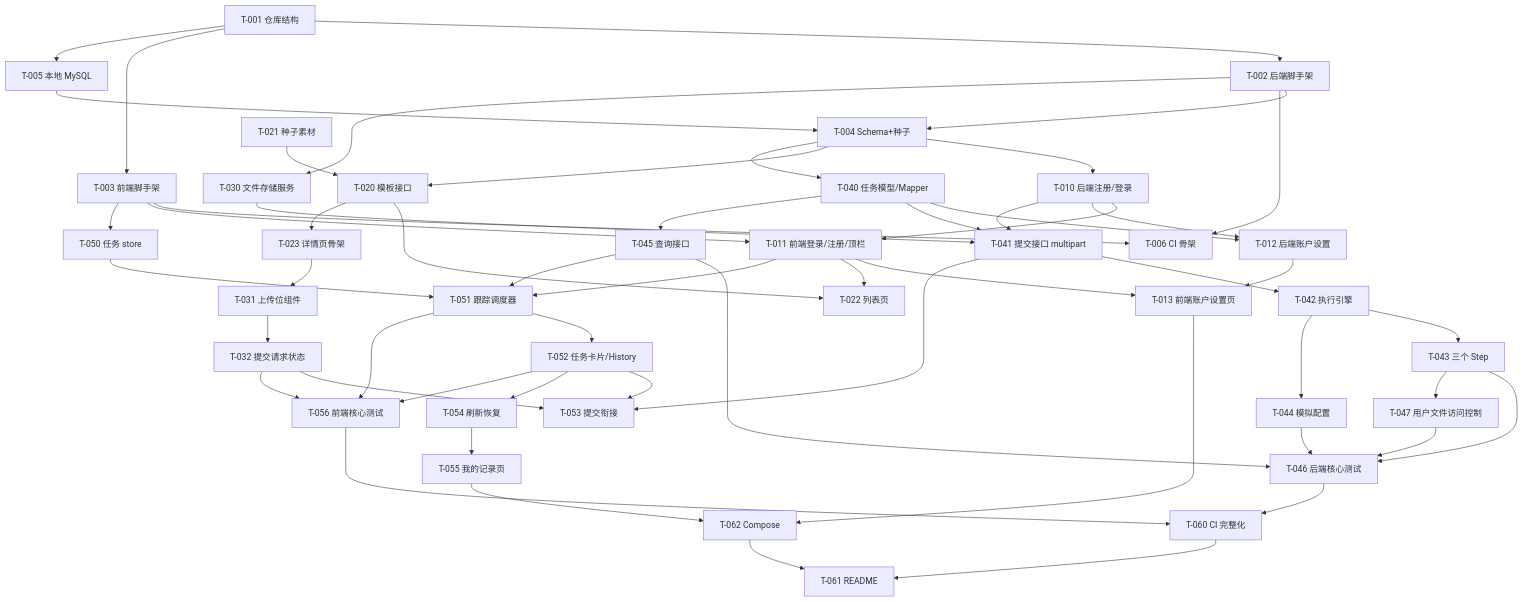
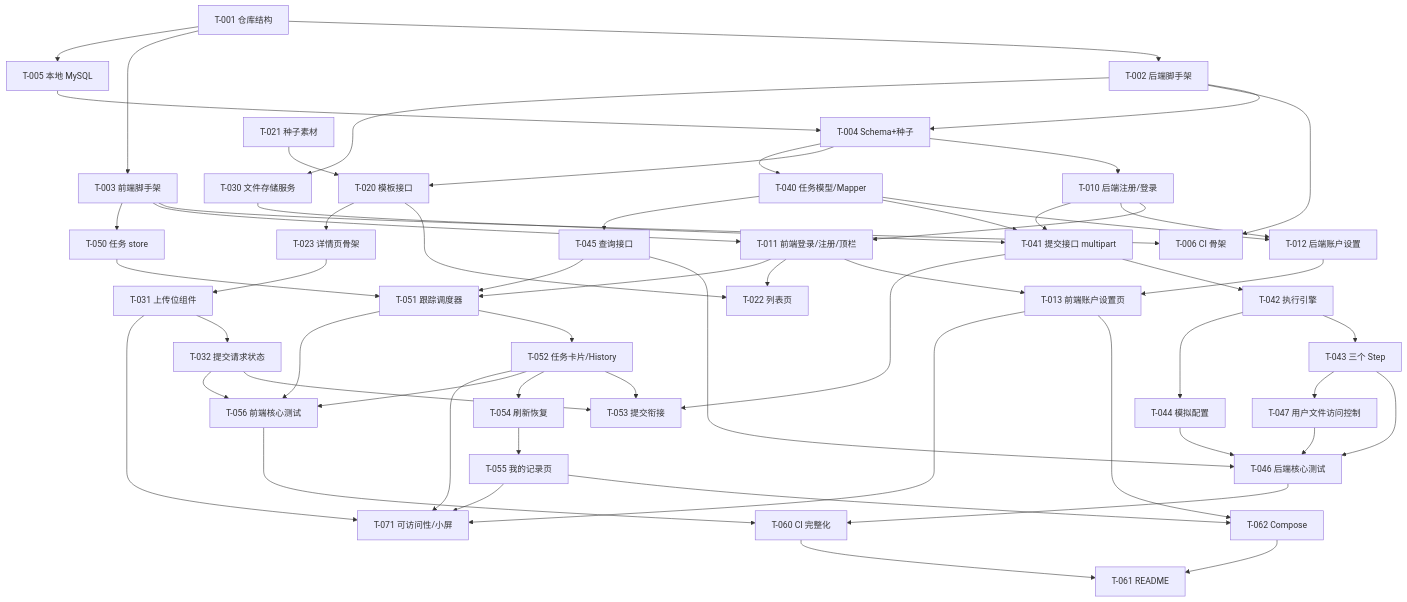
One commit to Brayton-Han/PlayWithMaterials changed the diagram in docs/backlog.md. Above: the diagram before and after it, drawn with Mermaid. The commit also changed other lines of this file and 3 other files, not shown here.

````diff
--- a/docs/backlog.md
+++ b/docs/backlog.md
@@ -28,63 +28,67 @@
 ```mermaid
 flowchart TD
   T001[T-001 仓库结构] --> T002[T-002 后端脚手架]
   T001 --> T003[T-003 前端脚手架]
   T001 --> T005[T-005 本地 MySQL]
   T002 --> T004[T-004 Schema+种子]
   T005 --> T004
   T002 --> T006[T-006 CI 骨架]
   T003 --> T006
 
   T004 --> T010[T-010 后端注册/登录]
   T003 --> T011[T-011 前端登录/注册/顶栏]
   T010 --> T011
   T010 --> T012[T-012 后端账户设置]
   T040 --> T012
   T011 --> T013[T-013 前端账户设置页]
   T012 --> T013
 
   T004 --> T020[T-020 模板接口]
   T021[T-021 种子素材] --> T020
   T020 --> T022[T-022 列表页]
   T011 --> T022
   T020 --> T023[T-023 详情页骨架]
 
   T002 --> T030[T-030 文件存储服务]
   T023 --> T031[T-031 上传位组件]
   T031 --> T032[T-032 提交请求状态]
 
   T004 --> T040[T-040 任务模型/Mapper]
   T040 --> T041[T-041 提交接口 multipart]
   T010 --> T041
   T030 --> T041
   T041 --> T042[T-042 执行引擎]
   T042 --> T043[T-043 三个 Step]
   T042 --> T044[T-044 模拟配置]
   T040 --> T045[T-045 查询接口]
   T043 --> T046[T-046 后端核心测试]
   T044 --> T046
   T045 --> T046
   T043 --> T047[T-047 用户文件访问控制]
   T047 --> T046
 
   T003 --> T050[T-050 任务 store]
   T045 --> T051[T-051 跟踪调度器]
   T050 --> T051
   T011 --> T051
   T051 --> T052[T-052 任务卡片/History]
   T032 --> T053[T-053 提交衔接]
   T041 --> T053
   T052 --> T053
   T052 --> T054[T-054 刷新恢复]
   T054 --> T055[T-055 我的记录页]
   T051 --> T056[T-056 前端核心测试]
   T052 --> T056
   T032 --> T056
 
   T046 --> T060[T-060 CI 完整化]
   T056 --> T060
   T055 --> T062[T-062 Compose]
   T013 --> T062
   T062 --> T061[T-061 README]
   T060 --> T061
+  T031 --> T071[T-071 可访问性/小屏]
+  T052 --> T071
+  T013 --> T071
+  T055 --> T071
 ```
````
